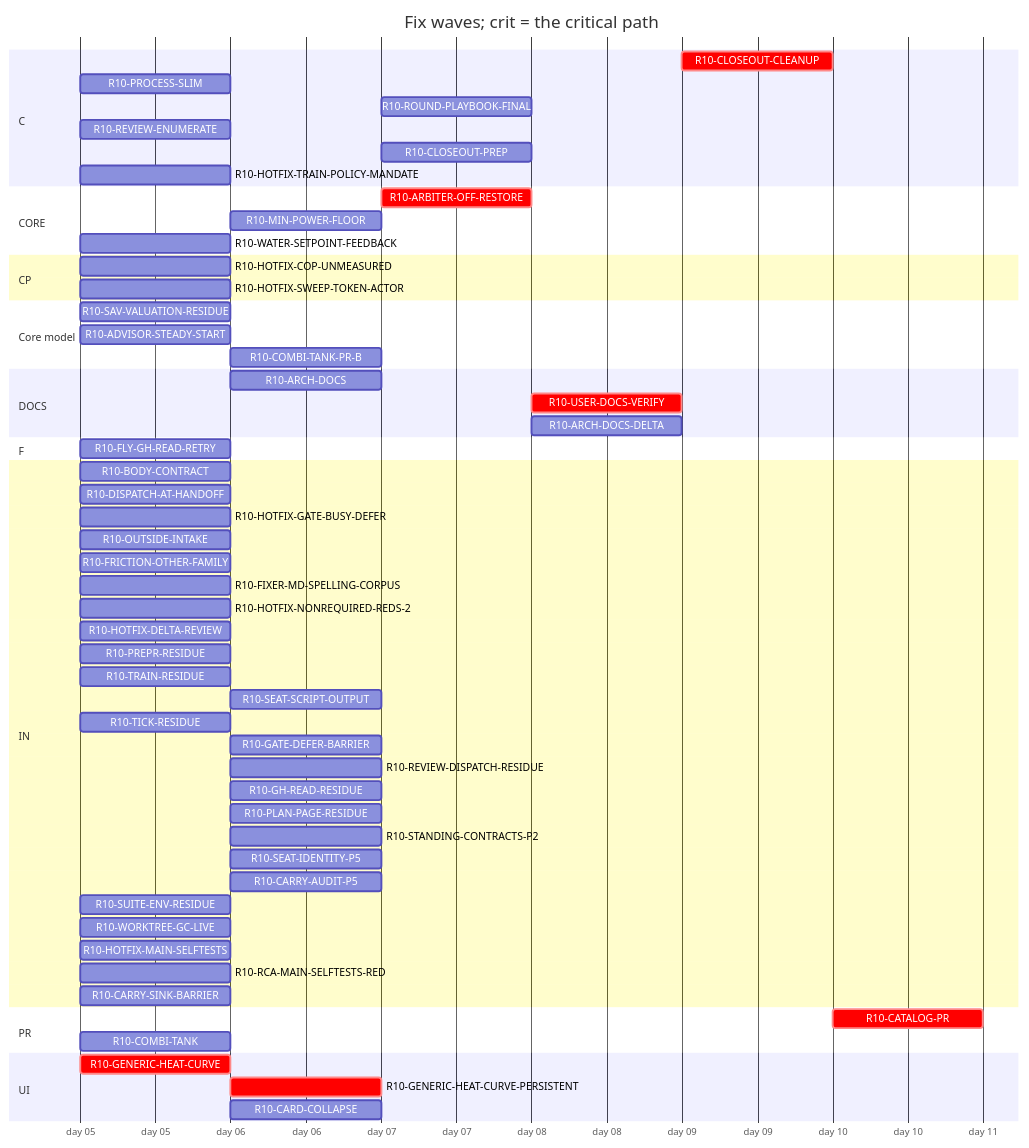
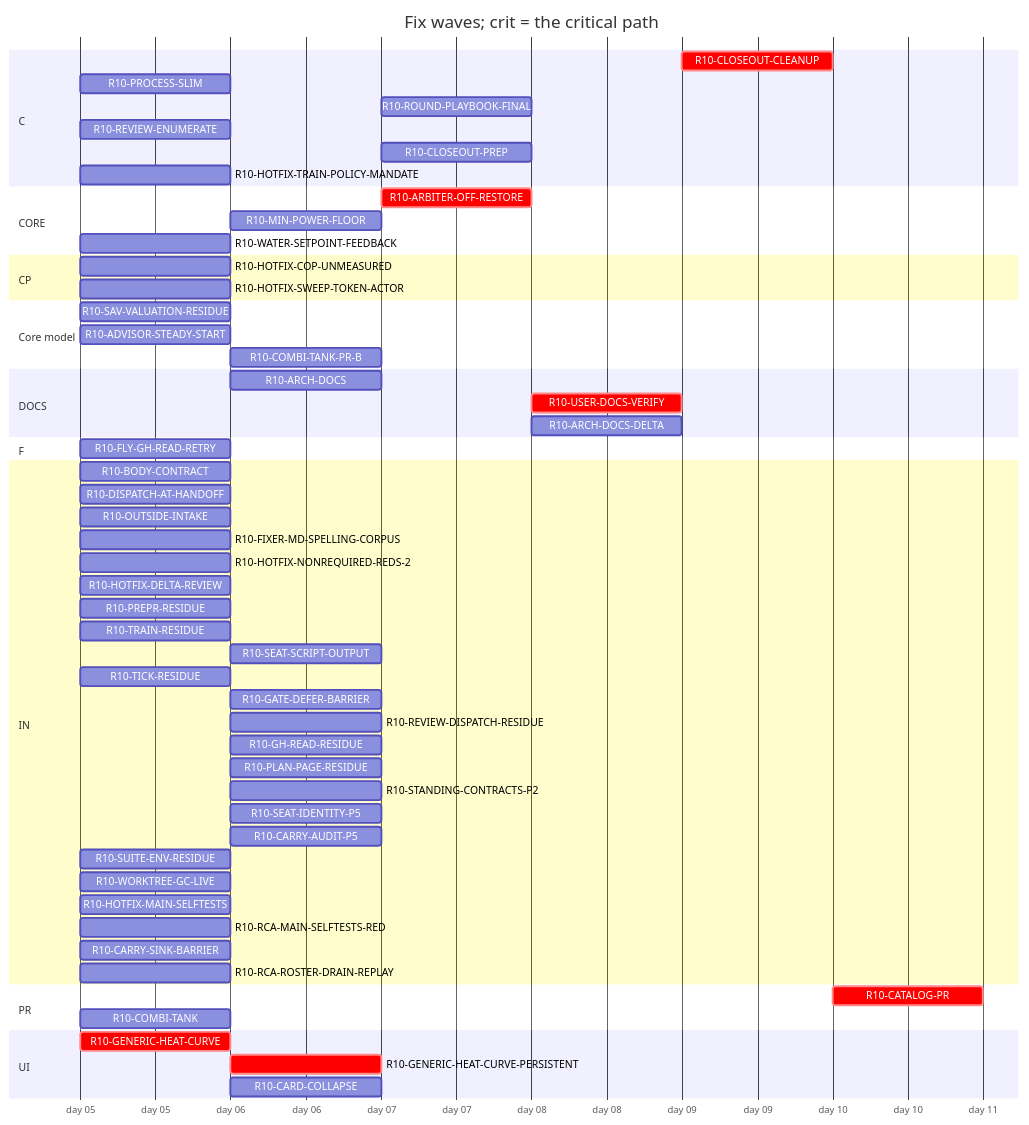
Before and after one commit to tvofi/heatpump_optimizer: the diagram in handoff/round10/state/PLAN-TABLE.md, drawn with Mermaid. The commit also changed other lines of this file and 4 other files, not shown here.

Commit message:
state: FLOW-BOARD.md, NEXT-SESSION-PROMPT.md, PLAN-TABLE.md, PLAN.html, RESUME-CURRENT.md regenerated (state_docs.py)

````diff
--- a/handoff/round10/state/PLAN-TABLE.md
+++ b/handoff/round10/state/PLAN-TABLE.md
@@ -22,62 +22,61 @@
 ```mermaid
 gantt
   title Fix waves; crit = the critical path
   dateFormat YYYY-MM-DD
   axisFormat day %d
   section C
-    R10-CLOSEOUT-CLEANUP :crit, r10CLOSEOUTCLEANUP, after r10ARCHDOCS r10USERDOCSVERIFY r10ROUNDPLAYBOOKFINAL r10FRICTIONOTHERFAMILY r10CLOSEOUTPREP r10ARCHDOCSDELTA, 1d
+    R10-CLOSEOUT-CLEANUP :crit, r10CLOSEOUTCLEANUP, after r10ARCHDOCS r10USERDOCSVERIFY r10ROUNDPLAYBOOKFINAL r10CLOSEOUTPREP r10ARCHDOCSDELTA, 1d
     R10-PROCESS-SLIM :r10PROCESSSLIM, 2026-01-05, 1d
-    R10-ROUND-PLAYBOOK-FINAL :r10ROUNDPLAYBOOKFINAL, after r10DISPATCHATHANDOFF r10BODYCONTRACT r10FLYGHREADRETRY r10PROCESSSLIM r10OUTSIDEINTAKE r10FRICTIONOTHERFAMILY r10FIXERMDSPELLINGCORPUS r10PREPRRESIDUE r10SEATSCRIPTOUTPUT r10REVIEWDISPATCHRESIDUE r10CARRYAUDITP5 r10TICKRESIDUE r10SEATIDENTITYP5 r10STANDINGCONTRACTSP2 r10PLANPAGERESIDUE r10TRAINRESIDUE r10GHREADRESIDUE r10SUITEENVRESIDUE r10GATEDEFERBARRIER r10WORKTREEGCLIVE, 1d
+    R10-ROUND-PLAYBOOK-FINAL :r10ROUNDPLAYBOOKFINAL, after r10DISPATCHATHANDOFF r10BODYCONTRACT r10FLYGHREADRETRY r10PROCESSSLIM r10OUTSIDEINTAKE r10FIXERMDSPELLINGCORPUS r10PREPRRESIDUE r10SEATSCRIPTOUTPUT r10REVIEWDISPATCHRESIDUE r10CARRYAUDITP5 r10TICKRESIDUE r10SEATIDENTITYP5 r10STANDINGCONTRACTSP2 r10PLANPAGERESIDUE r10TRAINRESIDUE r10GHREADRESIDUE r10SUITEENVRESIDUE r10GATEDEFERBARRIER r10WORKTREEGCLIVE, 1d
     R10-REVIEW-ENUMERATE :r10REVIEWENUMERATE, 2026-01-05, 1d
-    R10-CLOSEOUT-PREP :r10CLOSEOUTPREP, after r10ARCHDOCS r10DISPATCHATHANDOFF r10BODYCONTRACT r10FLYGHREADRETRY r10PROCESSSLIM r10OUTSIDEINTAKE r10FRICTIONOTHERFAMILY r10FIXERMDSPELLINGCORPUS r10PREPRRESIDUE r10SEATSCRIPTOUTPUT r10REVIEWDISPATCHRESIDUE r10CARRYAUDITP5 r10TICKRESIDUE r10SEATIDENTITYP5 r10STANDINGCONTRACTSP2 r10PLANPAGERESIDUE r10TRAINRESIDUE r10GHREADRESIDUE r10SUITEENVRESIDUE r10GATEDEFERBARRIER r10WORKTREEGCLIVE, 1d
+    R10-CLOSEOUT-PREP :r10CLOSEOUTPREP, after r10ARCHDOCS r10DISPATCHATHANDOFF r10BODYCONTRACT r10FLYGHREADRETRY r10PROCESSSLIM r10OUTSIDEINTAKE r10FIXERMDSPELLINGCORPUS r10PREPRRESIDUE r10SEATSCRIPTOUTPUT r10REVIEWDISPATCHRESIDUE r10CARRYAUDITP5 r10TICKRESIDUE r10SEATIDENTITYP5 r10STANDINGCONTRACTSP2 r10PLANPAGERESIDUE r10TRAINRESIDUE r10GHREADRESIDUE r10SUITEENVRESIDUE r10GATEDEFERBARRIER r10WORKTREEGCLIVE, 1d
     R10-HOTFIX-TRAIN-POLICY-MANDATE :r10HOTFIXTRAINPOLICYMANDATE, 2026-01-05, 1d
   section CORE
     R10-ARBITER-OFF-RESTORE :crit, r10ARBITEROFFRESTORE, after r10GENERICHEATCURVE r10GENERICHEATCURVEPERSISTENT r10WATERSETPOINTFEEDBACK, 1d
     R10-MIN-POWER-FLOOR :r10MINPOWERFLOOR, after r10HOTFIXCOPUNMEASURED r10GENERICHEATCURVE, 1d
     R10-WATER-SETPOINT-FEEDBACK :r10WATERSETPOINTFEEDBACK, 2026-01-05, 1d
   section CP
     R10-HOTFIX-COP-UNMEASURED :r10HOTFIXCOPUNMEASURED, 2026-01-05, 1d
     R10-HOTFIX-SWEEP-TOKEN-ACTOR :r10HOTFIXSWEEPTOKENACTOR, 2026-01-05, 1d
   section Core model
     R10-SAV-VALUATION-RESIDUE :r10SAVVALUATIONRESIDUE, 2026-01-05, 1d
     R10-ADVISOR-STEADY-START :r10ADVISORSTEADYSTART, 2026-01-05, 1d
     R10-COMBI-TANK-PR-B :r10COMBITANKPRB, after r10COMBITANK, 1d
   section DOCS
-    R10-ARCH-DOCS :r10ARCHDOCS, after r10DISPATCHATHANDOFF r10BODYCONTRACT r10FLYGHREADRETRY r10PROCESSSLIM r10OUTSIDEINTAKE r10FRICTIONOTHERFAMILY, 1d
+    R10-ARCH-DOCS :r10ARCHDOCS, after r10DISPATCHATHANDOFF r10BODYCONTRACT r10FLYGHREADRETRY r10PROCESSSLIM r10OUTSIDEINTAKE, 1d
     R10-USER-DOCS-VERIFY :crit, r10USERDOCSVERIFY, after r10HOTFIXCOPUNMEASURED r10GENERICHEATCURVE r10GENERICHEATCURVEPERSISTENT r10ARBITEROFFRESTORE r10COMBITANK r10MINPOWERFLOOR, 1d
     R10-ARCH-DOCS-DELTA :r10ARCHDOCSDELTA, after r10ARCHDOCS r10HOTFIXCOPUNMEASURED r10GENERICHEATCURVE r10GENERICHEATCURVEPERSISTENT r10ARBITEROFFRESTORE r10COMBITANK r10MINPOWERFLOOR r10SAVVALUATIONRESIDUE r10ADVISORSTEADYSTART r10COMBITANKPRB, 1d
   section F
     R10-FLY-GH-READ-RETRY :r10FLYGHREADRETRY, 2026-01-05, 1d
   section IN
     R10-BODY-CONTRACT :r10BODYCONTRACT, 2026-01-05, 1d
     R10-DISPATCH-AT-HANDOFF :r10DISPATCHATHANDOFF, 2026-01-05, 1d
-    R10-HOTFIX-GATE-BUSY-DEFER :r10HOTFIXGATEBUSYDEFER, 2026-01-05, 1d
     R10-OUTSIDE-INTAKE :r10OUTSIDEINTAKE, 2026-01-05, 1d
-    R10-FRICTION-OTHER-FAMILY :r10FRICTIONOTHERFAMILY, 2026-01-05, 1d
     R10-FIXER-MD-SPELLING-CORPUS :r10FIXERMDSPELLINGCORPUS, 2026-01-05, 1d
     R10-HOTFIX-NONREQUIRED-REDS-2 :r10HOTFIXNONREQUIREDREDS2, 2026-01-05, 1d
     R10-HOTFIX-DELTA-REVIEW :r10HOTFIXDELTAREVIEW, 2026-01-05, 1d
     R10-PREPR-RESIDUE :r10PREPRRESIDUE, 2026-01-05, 1d
     R10-TRAIN-RESIDUE :r10TRAINRESIDUE, 2026-01-05, 1d
     R10-SEAT-SCRIPT-OUTPUT :r10SEATSCRIPTOUTPUT, after r10TRAINRESIDUE, 1d
     R10-TICK-RESIDUE :r10TICKRESIDUE, 2026-01-05, 1d
     R10-GATE-DEFER-BARRIER :r10GATEDEFERBARRIER, after r10TRAINRESIDUE r10TICKRESIDUE, 1d
     R10-REVIEW-DISPATCH-RESIDUE :r10REVIEWDISPATCHRESIDUE, after r10DISPATCHATHANDOFF r10REVIEWENUMERATE r10HOTFIXDELTAREVIEW r10PROCESSSLIM, 1d
     R10-GH-READ-RESIDUE :r10GHREADRESIDUE, after r10FLYGHREADRETRY, 1d
     R10-PLAN-PAGE-RESIDUE :r10PLANPAGERESIDUE, after r10OUTSIDEINTAKE, 1d
     R10-STANDING-CONTRACTS-P2 :r10STANDINGCONTRACTSP2, after r10FIXERMDSPELLINGCORPUS, 1d
     R10-SEAT-IDENTITY-P5 :r10SEATIDENTITYP5, after r10TICKRESIDUE, 1d
     R10-CARRY-AUDIT-P5 :r10CARRYAUDITP5, after r10BODYCONTRACT, 1d
     R10-SUITE-ENV-RESIDUE :r10SUITEENVRESIDUE, 2026-01-05, 1d
     R10-WORKTREE-GC-LIVE :r10WORKTREEGCLIVE, 2026-01-05, 1d
     R10-HOTFIX-MAIN-SELFTESTS :r10HOTFIXMAINSELFTESTS, 2026-01-05, 1d
     R10-RCA-MAIN-SELFTESTS-RED :r10RCAMAINSELFTESTSRED, 2026-01-05, 1d
     R10-CARRY-SINK-BARRIER :r10CARRYSINKBARRIER, 2026-01-05, 1d
+    R10-RCA-ROSTER-DRAIN-REPLAY :r10RCAROSTERDRAINREPLAY, 2026-01-05, 1d
   section PR
     R10-CATALOG-PR :crit, r10CATALOGPR, after r10USERDOCSVERIFY r10ARCHDOCS r10ROUNDPLAYBOOKFINAL r10CLOSEOUTCLEANUP r10CLOSEOUTPREP r10ARCHDOCSDELTA, 1d
     R10-COMBI-TANK :r10COMBITANK, 2026-01-05, 1d
   section UI
     R10-GENERIC-HEAT-CURVE :crit, r10GENERICHEATCURVE, 2026-01-05, 1d
     R10-GENERIC-HEAT-CURVE-PERSISTENT :crit, r10GENERICHEATCURVEPERSISTENT, after r10GENERICHEATCURVE, 1d
     R10-CARD-COLLAPSE :r10CARDCOLLAPSE, after r10HOTFIXCOPUNMEASURED, 1d
 ```
````
